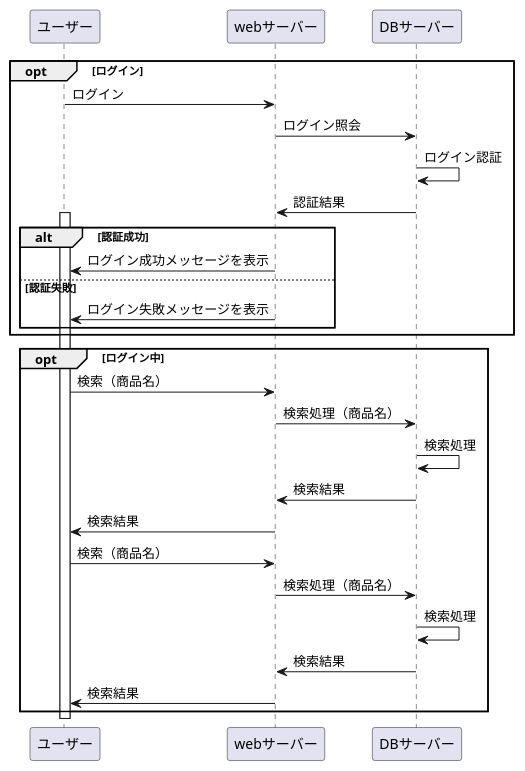
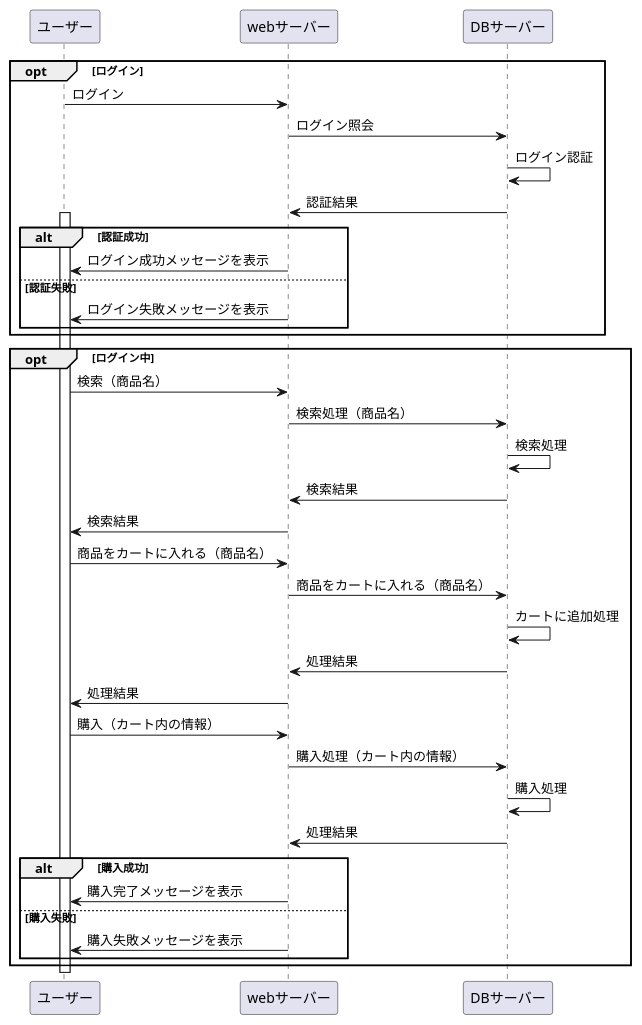
One commit to Aso2001025/2021-sys-design changed the diagram in sample.md. Above: the diagram before and after it, drawn with PlantUML.

````diff
--- a/sample.md
+++ b/sample.md
@@ -1,34 +1,44 @@
 ```uml
   @startuml
     opt ログイン
       ユーザー -> webサーバー: ログイン
       webサーバー -> DBサーバー: ログイン照会
       DBサーバー -> DBサーバー: ログイン認証
       DBサーバー -> webサーバー: 認証結果
       activate ユーザー
       alt 認証成功
         webサーバー -> ユーザー: ログイン成功メッセージを表示
       else 認証失敗
         webサーバー -> ユーザー: ログイン失敗メッセージを表示
       end
      end
      
     
     opt ログイン中
       ユーザー -> webサーバー: 検索（商品名）
       webサーバー -> DBサーバー: 検索処理（商品名）
       DBサーバー -> DBサーバー: 検索処理
       DBサーバー -> webサーバー: 検索結果
       webサーバー -> ユーザー: 検索結果
       
-      ユーザー -> webサーバー: 検索（商品名）
-      webサーバー -> DBサーバー: 検索処理（商品名）
-      DBサーバー -> DBサーバー: 検索処理
-      DBサーバー -> webサーバー: 検索結果
-      webサーバー -> ユーザー: 検索結果
+      ユーザー -> webサーバー: 商品をカートに入れる（商品名）
+      webサーバー -> DBサーバー: 商品をカートに入れる（商品名）
+      DBサーバー -> DBサーバー: カートに追加処理
+      DBサーバー -> webサーバー: 処理結果
+      webサーバー -> ユーザー: 処理結果
+      
+      ユーザー -> webサーバー: 購入（カート内の情報）
+      webサーバー -> DBサーバー: 購入処理（カート内の情報）
+      DBサーバー -> DBサーバー: 購入処理
+      DBサーバー -> webサーバー: 処理結果
+      alt 購入成功
+        webサーバー -> ユーザー: 購入完了メッセージを表示
+      else 購入失敗
+        webサーバー -> ユーザー: 購入失敗メッセージを表示
+      end
     end
     
     deactivate ユーザー
     
   @enduml
 ```
````
